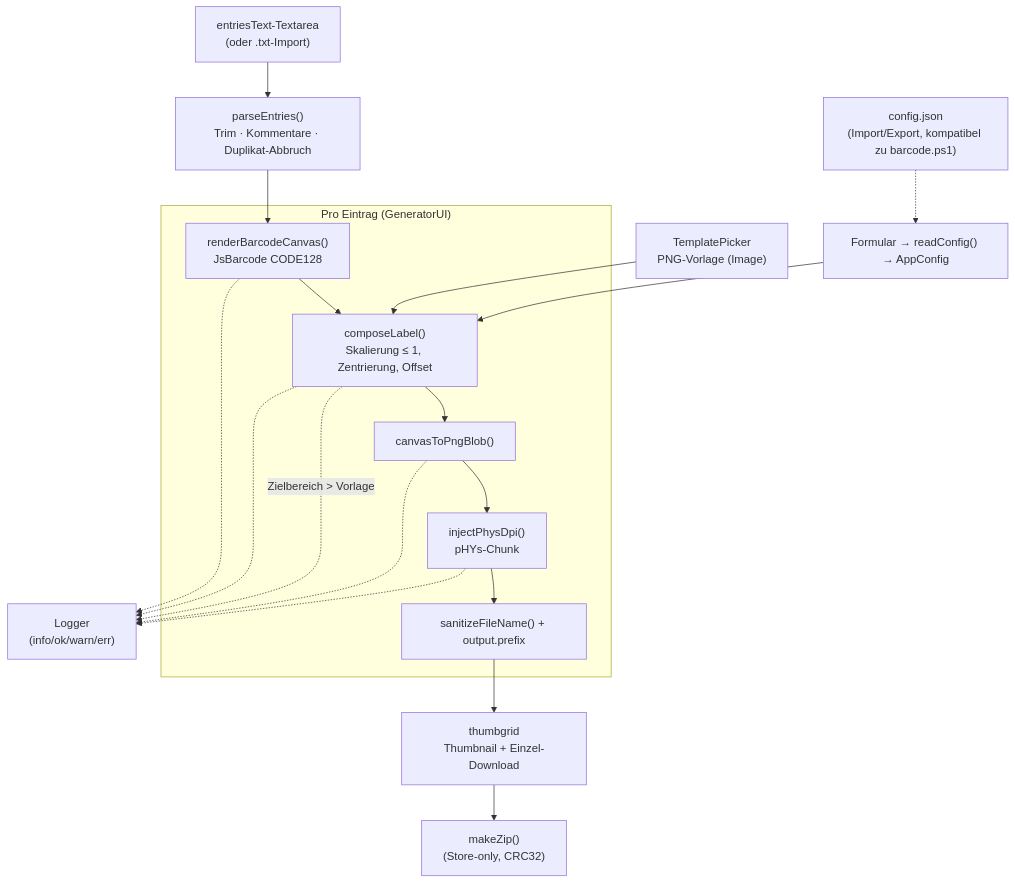
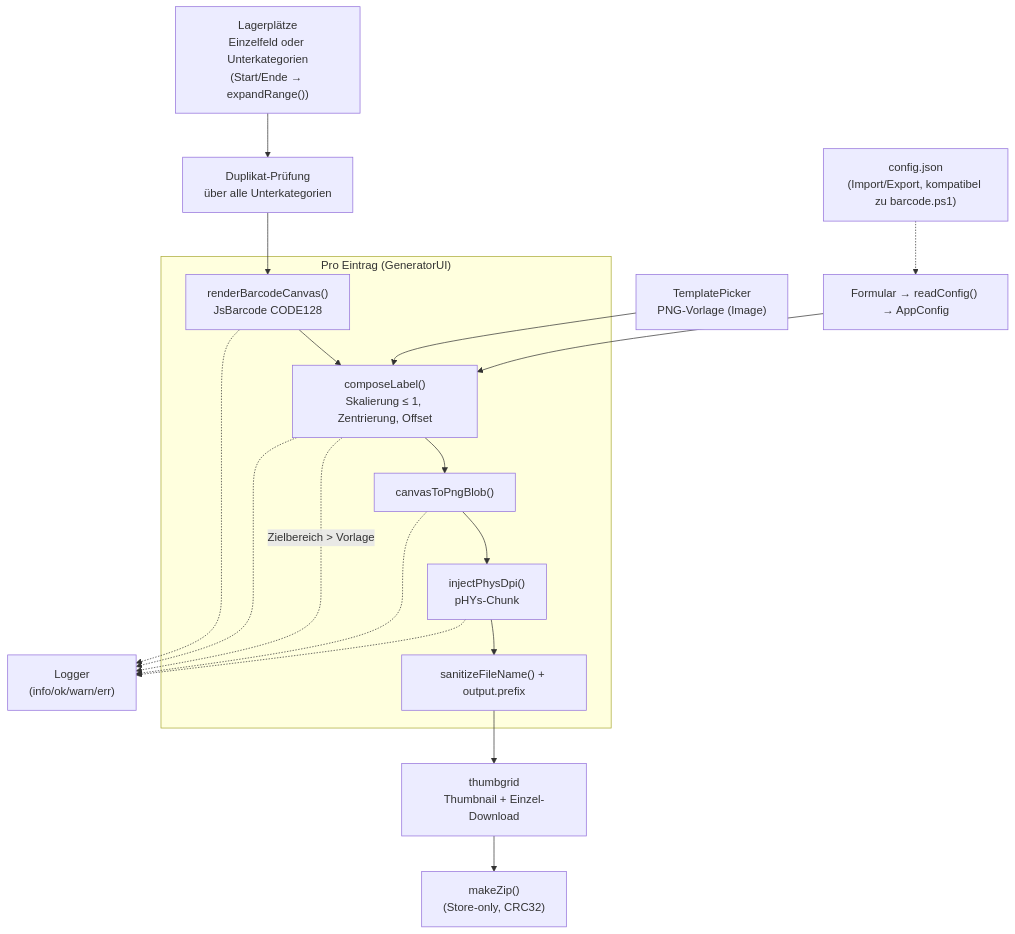
One commit to MaxHambi/Lager-etiket changed the fourth of 5 diagrams in docs/ARCHITECTURE.md. Above: the diagram before and after it, drawn with Mermaid. The commit also changed other lines of this file and 20 other files, not shown here.

````diff
--- a/docs/ARCHITECTURE.md
+++ b/docs/ARCHITECTURE.md
@@ -203,29 +208,29 @@
 ```mermaid
 flowchart TD
-    TA["entriesText-Textarea<br/>(oder .txt-Import)"]
-    E["parseEntries()<br/>Trim · Kommentare · Duplikat-Abbruch"]
+    TA["Lagerplätze<br/>Einzelfeld oder Unterkategorien<br/>(Start/Ende → expandRange())"]
+    E["Duplikat-Prüfung<br/>über alle Unterkategorien"]
     IMG["TemplatePicker<br/>PNG-Vorlage (Image)"]
     FORM["Formular → readConfig() → AppConfig"]
     CFG["config.json<br/>(Import/Export, kompatibel zu barcode.ps1)"]
 
     subgraph ProEintrag["Pro Eintrag (GeneratorUI)"]
         CB["renderBarcodeCanvas()<br/>JsBarcode CODE128"]
         CP["composeLabel()<br/>Skalierung ≤ 1, Zentrierung, Offset"]
         PNG["canvasToPngBlob()"]
         DPI["injectPhysDpi()<br/>pHYs-Chunk"]
         NAME["sanitizeFileName() + output.prefix"]
     end
 
     TH["thumbgrid<br/>Thumbnail + Einzel-Download"]
     ZIP["makeZip()<br/>(Store-only, CRC32)"]
     LOG["Logger<br/>(info/ok/warn/err)"]
 
     TA --> E
     IMG & FORM --> CP
     CFG -.-> FORM
     E --> CB
     CB --> CP --> PNG --> DPI --> NAME --> TH
     TH --> ZIP
     CP -.->|"Zielbereich > Vorlage"| LOG
     CB & CP & PNG & DPI -.-> LOG
 ```
````
